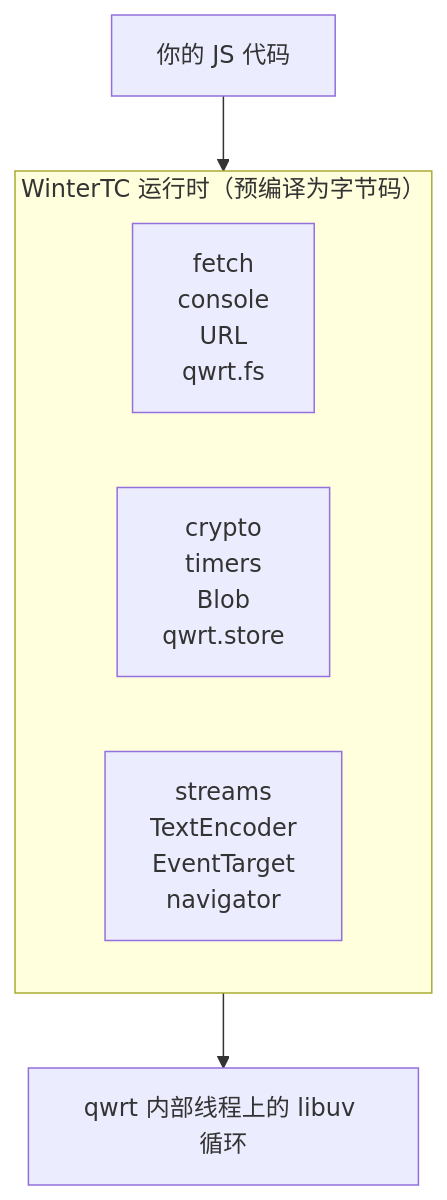
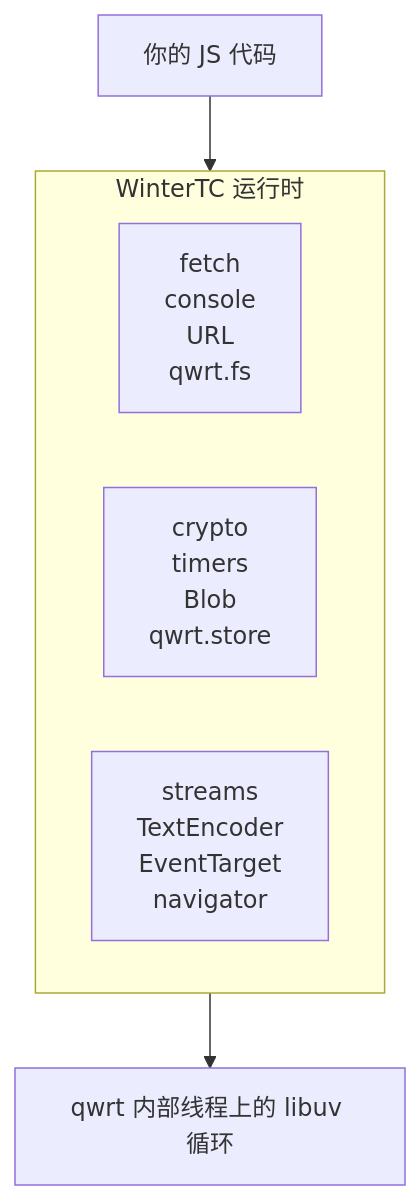
One commit to adam-ikari/qwrt changed the diagram in docs/zh/js-api/index.md. Above: the diagram before and after it, drawn with Mermaid. The commit also changed other lines of this file and 1 other file, not shown here.

Commit message:
docs(js-api): 去掉'预编译为字节码/注入运行时'提法——内部加载机制不外露\n\njs-api/index 正文与架构图不再解释 WinterTC 模块如何加载（bytecode 注入），\n只讲全局对象可用性。保留 guide/bytecode 页（那是公开特性：用户自己用 qjsc\n编译字节码）。126 URLs，0 dead link。

````diff
--- a/docs/zh/js-api/index.md
+++ b/docs/zh/js-api/index.md
@@ -12,11 +12,11 @@
 ```mermaid
 flowchart TB
     A["你的 JS 代码"] --> B
-    subgraph B["WinterTC 运行时（预编译为字节码）"]
+    subgraph B["WinterTC 运行时"]
         direction LR
         C["fetch<br/>console<br/>URL<br/>qwrt.fs"]
         D["crypto<br/>timers<br/>Blob<br/>qwrt.store"]
         E["streams<br/>TextEncoder<br/>EventTarget<br/>navigator"]
     end
     B --> G["qwrt 内部线程上的 libuv 循环"]
 ```
````
